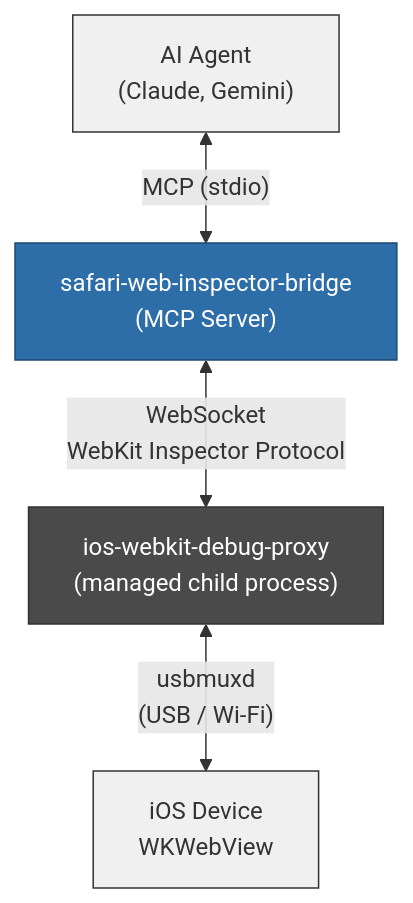
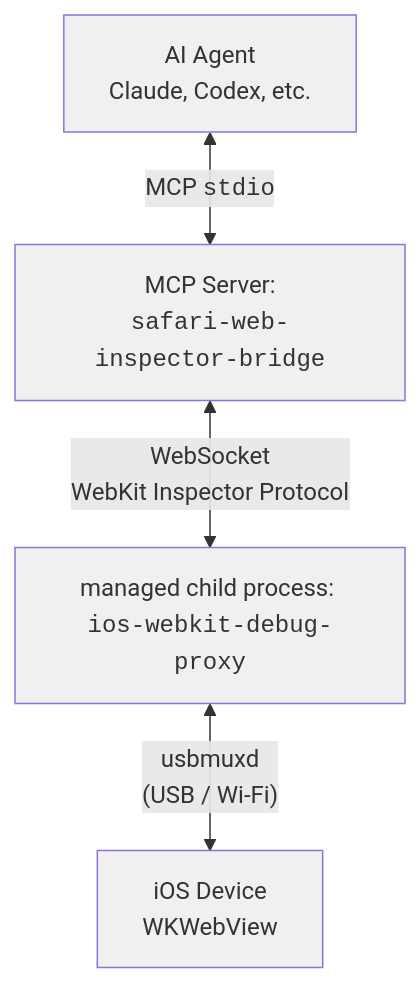
The first of 3 diagrams in README.md (andesco/safari-web-inspector-bridge), drawn with Mermaid before and after one commit. The commit also changed other lines of this file, not shown here.

Commit message:
docs: replace tool categories mermaid with plain text

````diff
--- a/README.md
+++ b/README.md
@@ -7,16 +7,16 @@
 ```mermaid
 graph TD
-    Agent["AI Agent<br/>(Claude, Gemini)"]
-    Bridge["safari-web-inspector-bridge<br/>(MCP Server)"]
-    Proxy["ios-webkit-debug-proxy<br/>(managed child process)"]
+    Agent["AI Agent<br/>Claude, Codex, etc."]
+    Bridge["MCP Server:<br /><code>safari-web-inspector-bridge</code>"]
+    Proxy["managed child process: <code>ios-webkit-debug-proxy</code>"]
     Device["iOS Device<br/>WKWebView"]
 
-    Agent <-->|"MCP (stdio)"| Bridge
+    Agent <-->|"MCP <code>stdio</code>"| Bridge
     Bridge <-->|"WebSocket<br/>WebKit Inspector Protocol"| Proxy
     Proxy <-->|"usbmuxd<br/>(USB / Wi-Fi)"| Device
 
-    style Agent fill:#f0f0f0,stroke:#333
-    style Bridge fill:#2d6da8,stroke:#1a4a72,color:#fff
-    style Proxy fill:#4a4a4a,stroke:#333,color:#fff
-    style Device fill:#f0f0f0,stroke:#333
+    style Agent fill:#f0f0f0
+    style Bridge fill:#f0f0f0
+    style Proxy fill:#f0f0f0
+    style Device fill:#f0f0f0
 ```
````
